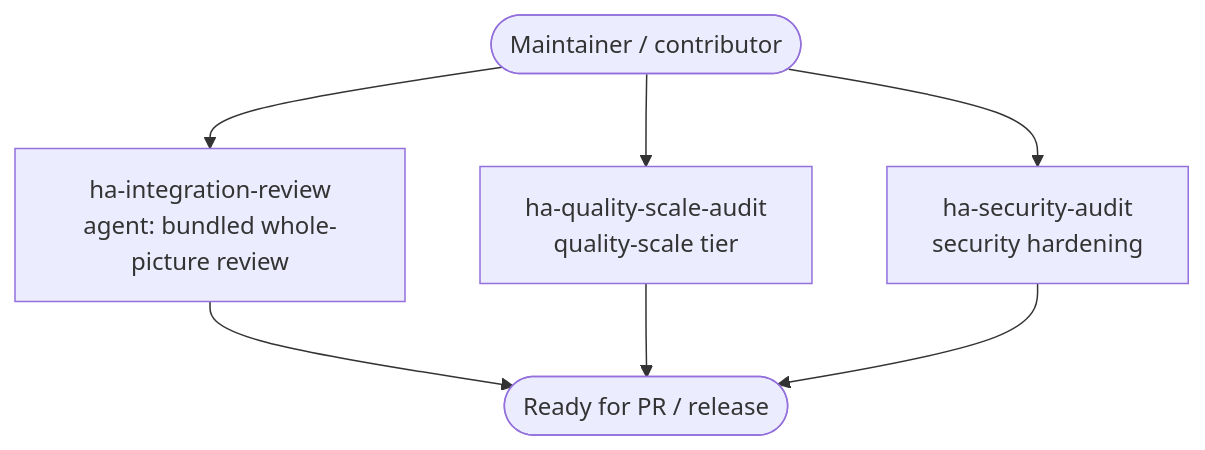
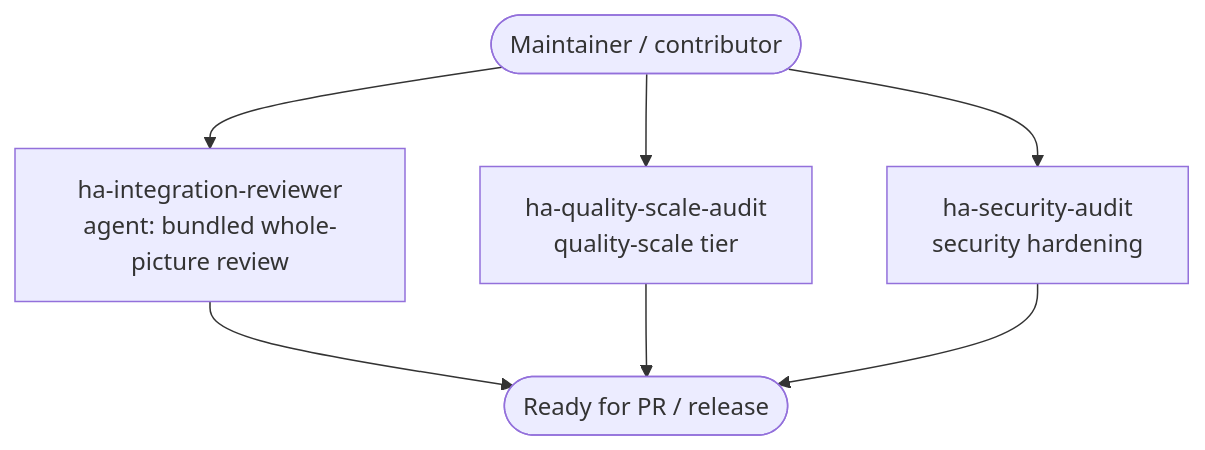
Before and after one commit to nolte/claude-home-assistant: the diagram in docs/de/use-cases/review-hardening.md, drawn with Mermaid. The commit also changed other lines of this file and 83 other files, not shown here.

Commit message:
feat(skills,agents): naming-uniformity pass—six renames to the inherited schema plus solution-family exception (#91)

````diff
--- a/docs/de/use-cases/review-hardening.md
+++ b/docs/de/use-cases/review-hardening.md
@@ -23,9 +23,9 @@
 ```mermaid
 flowchart TD
-    dev(["Maintainer / contributor"]) --> review["ha-integration-review<br/>agent: bundled whole-picture review"]
+    dev(["Maintainer / contributor"]) --> review["ha-integration-reviewer<br/>agent: bundled whole-picture review"]
     dev --> quality["ha-quality-scale-audit<br/>quality-scale tier"]
     dev --> security["ha-security-audit<br/>security hardening"]
     review --> pr(["Ready for PR / release"])
     quality --> pr
     security --> pr
 ```
````
